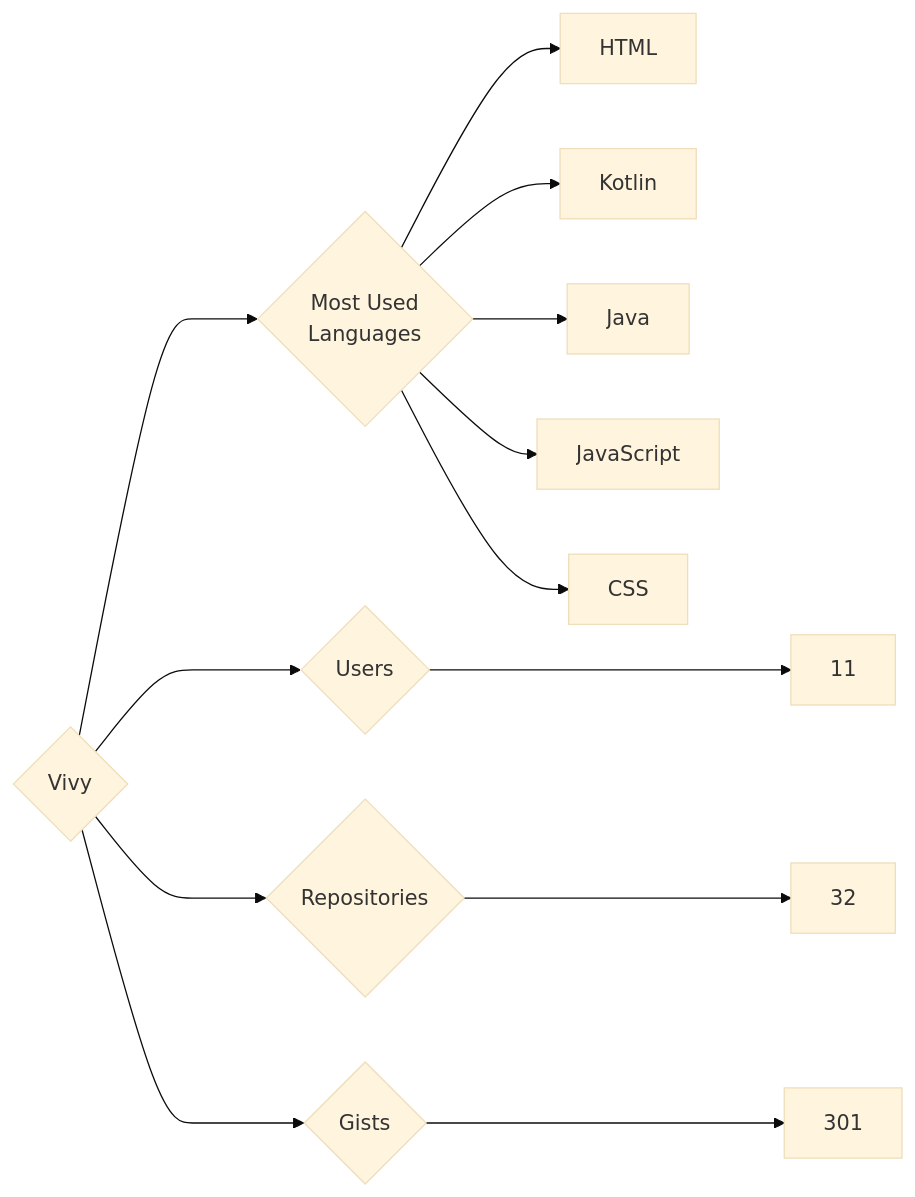
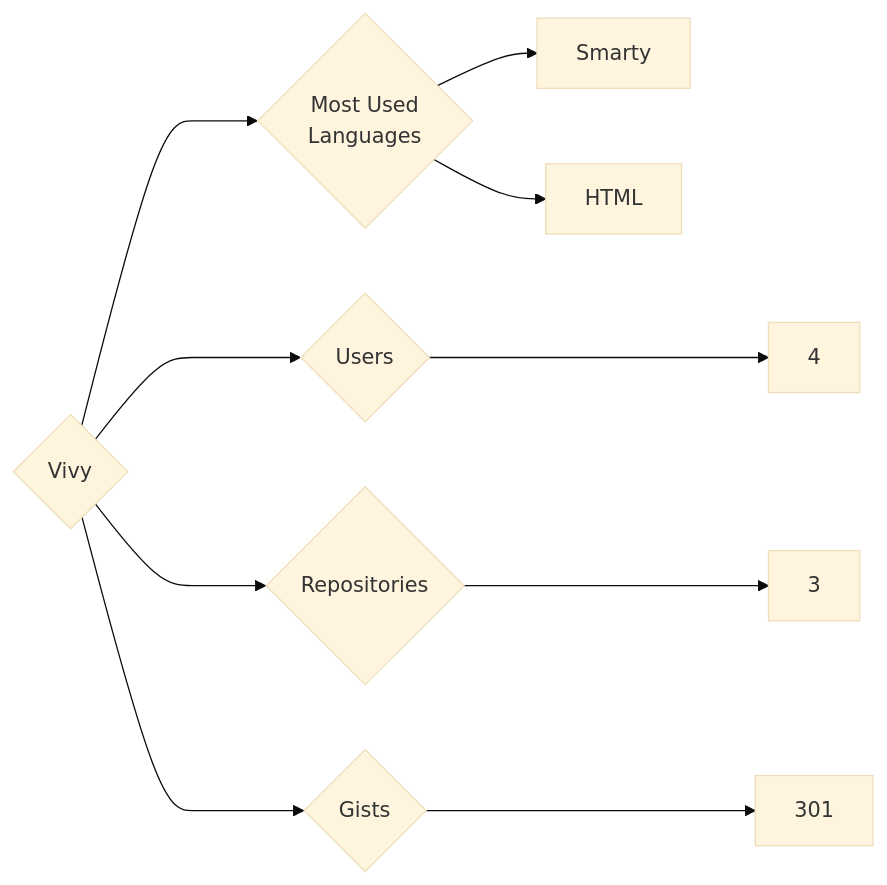
One commit to trickest/insiders changed the diagram in targets/Vivy/README.md. Above: the diagram before and after it, drawn with Mermaid (base theme). The commit also changed 814 other files, not shown here.

````diff
--- a/targets/Vivy/README.md
+++ b/targets/Vivy/README.md
@@ -3,13 +3,10 @@
 ```mermaid
 graph LR
 COMPANY_NAME{Vivy}
-COMPANY_NAME ---> U{Users} ---> UN[11]
-COMPANY_NAME ---> R{Repositories} ---> RN[32]
+COMPANY_NAME ---> U{Users} ---> UN[4]
+COMPANY_NAME ---> R{Repositories} ---> RN[3]
 COMPANY_NAME ---> G{Gists} ---> GN[301]
 COMPANY_NAME ---> ML{Most Used<br>Languages}
+ML --> Smarty[Smarty]
 ML --> HTML[HTML]
-ML --> Kotlin[Kotlin]
-ML --> Java[Java]
-ML --> JavaScript[JavaScript]
-ML --> CSS[CSS]
 ```
````
